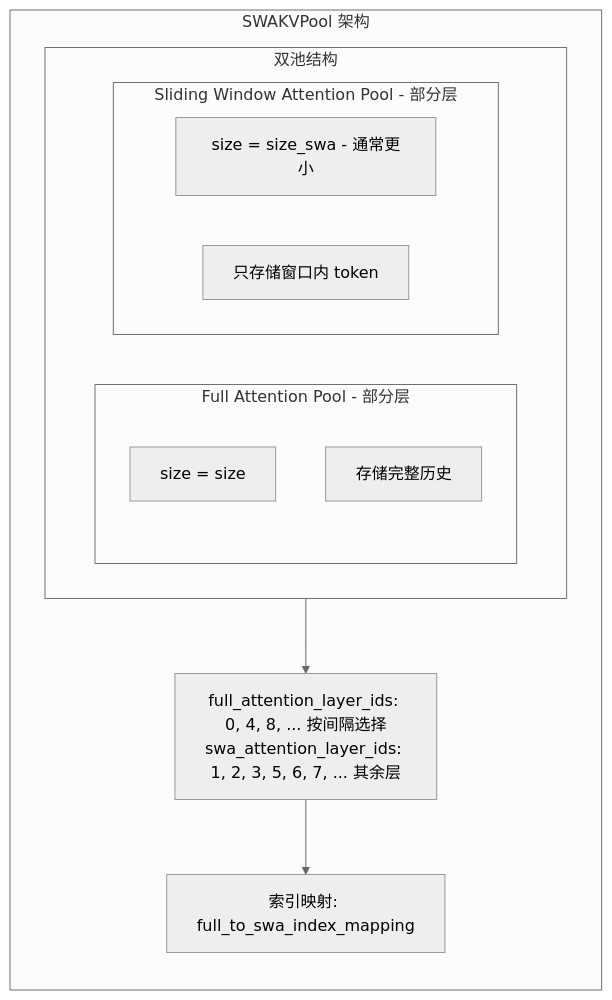
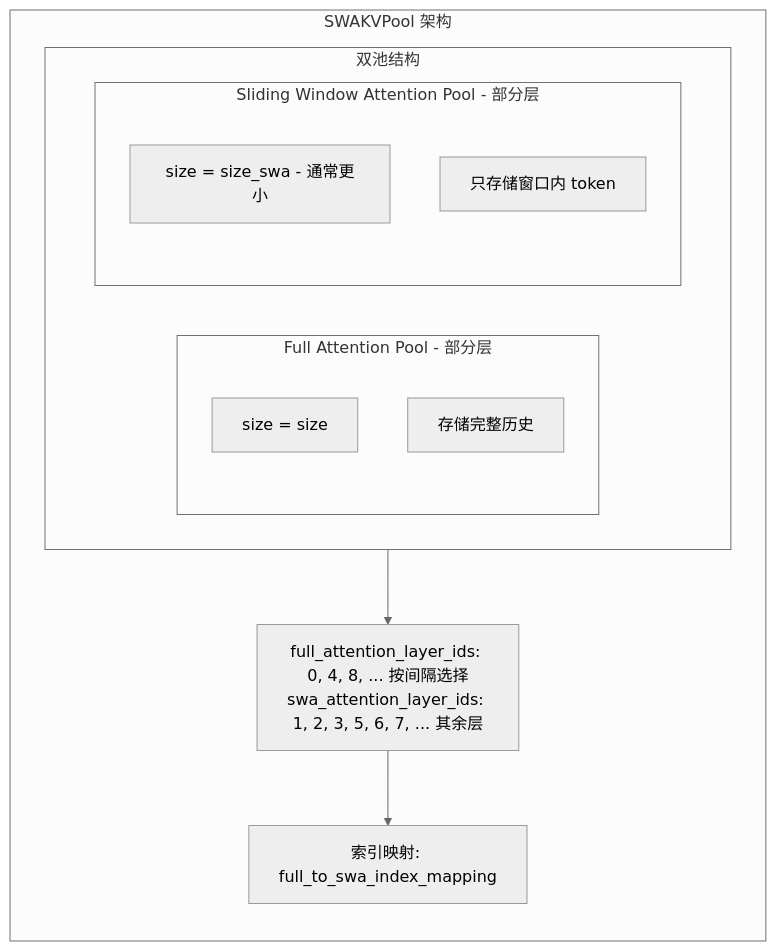
One commit to wesleyck/AIInfraNotes changed the seventh of 13 diagrams in content/SGLang/05_memory_pool.md. Above: the diagram before and after it, drawn with Mermaid (neutral theme). The commit also changed other lines of this file and 3 other files, not shown here.

````diff
--- a/content/SGLang/05_memory_pool.md
+++ b/content/SGLang/05_memory_pool.md
@@ -195,20 +300,22 @@
 ```mermaid
 flowchart TB
     subgraph SWAKVPool["SWAKVPool 架构"]
         direction TB
         subgraph Pools["双池结构"]
             direction LR
             subgraph FAP["Full Attention Pool - 部分层"]
+            		direction TB
                 FA_SIZE["size = size"]
                 FA_DESC["存储完整历史"]
             end
             subgraph SWAP["Sliding Window Attention Pool - 部分层"]
+            		direction TB
                 SWA_SIZE["size = size_swa - 通常更小"]
                 SWA_DESC["只存储窗口内 token"]
             end
         end
         LayerIDs["full_attention_layer_ids: 0, 4, 8, ... 按间隔选择<br/>swa_attention_layer_ids: 1, 2, 3, 5, 6, 7, ... 其余层"]
         Mapping["索引映射: full_to_swa_index_mapping"]
         Pools --> LayerIDs --> Mapping
     end
 ```
````
